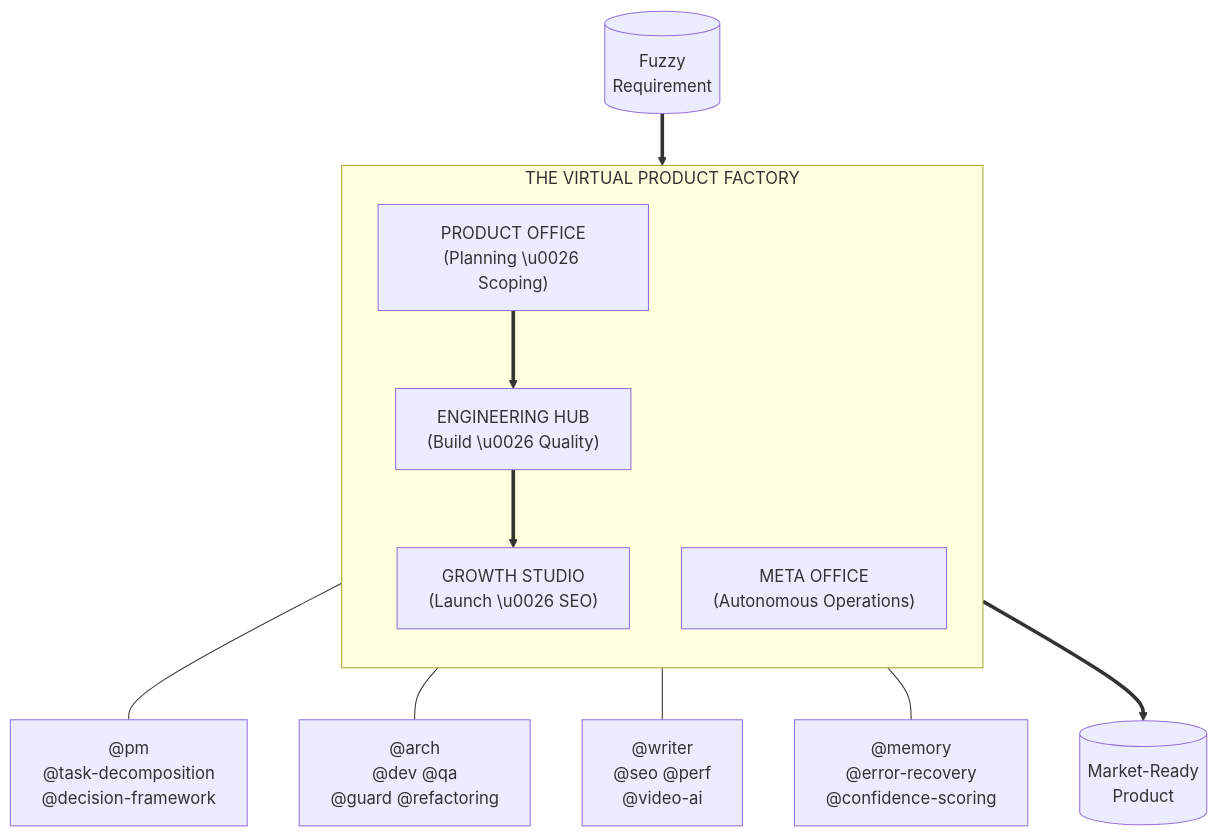
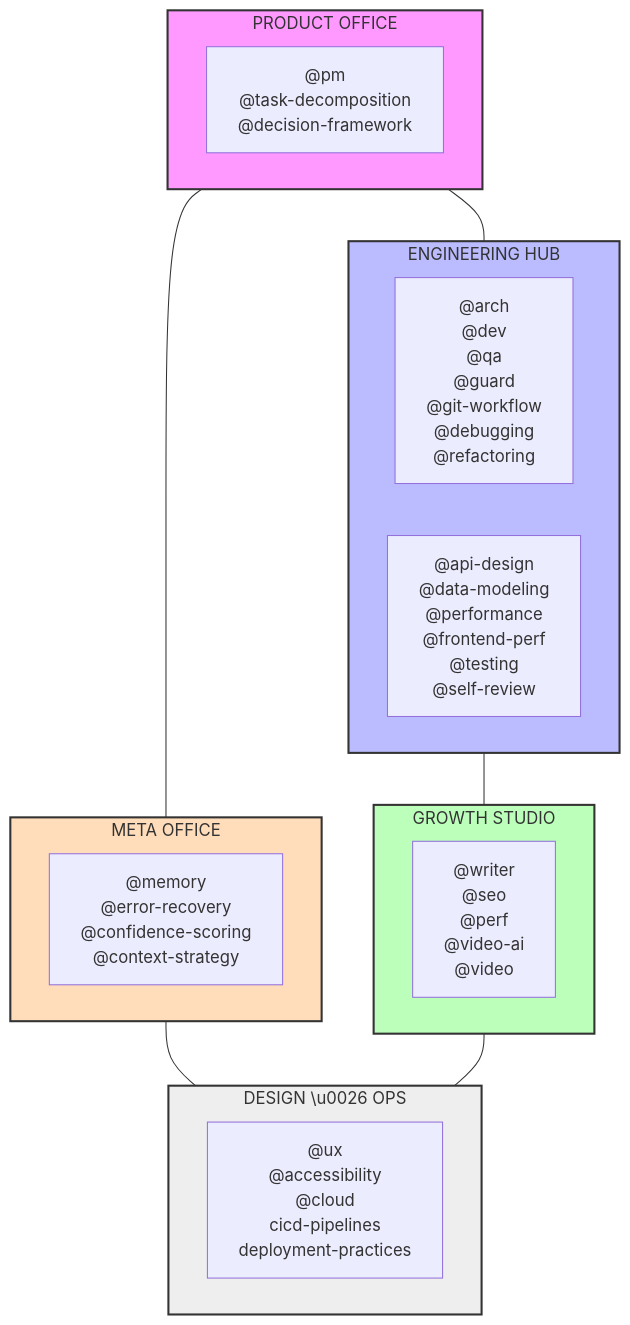
The first of 4 diagrams in README.md (vshrinath/virtual-product-factory), drawn with Mermaid before and after one commit. The commit also changed other lines of this file, not shown here.

Commit message:
feat: add static department overview grid to README
- Replace mixed-flow diagram with static skill inventory
- Group skills by PO, EH, GS, MO, and DX departments
- Move lifecycle flows to dedicated 'Operational Playbooks' section

````diff
--- a/README.md
+++ b/README.md
@@ -24,22 +23,38 @@
 ```mermaid
 graph TD
-    subgraph FACTORY ["THE VIRTUAL PRODUCT FACTORY"]
-        direction TB
-        PO["PRODUCT OFFICE<br/>(Planning \u0026 Scoping)"]
-        EH["ENGINEERING HUB<br/>(Build \u0026 Quality)"]
-        GS["GROWTH STUDIO<br/>(Launch \u0026 SEO)"]
-        MO["META OFFICE<br/>(Autonomous Operations)"]
+    %% Departments
+    subgraph PO ["PRODUCT OFFICE"]
+        S1["@pm<br/>@task-decomposition<br/>@decision-framework"]
     end
 
-    %% Skills Mapping
-    PO --- S1["@pm<br/>@task-decomposition<br/>@decision-framework"]
-    EH --- S2["@arch<br/>@dev @qa<br/>@guard @refactoring"]
-    GS --- S3["@writer<br/>@seo @perf<br/>@video-ai"]
-    MO --- S4["@memory<br/>@error-recovery<br/>@confidence-scoring"]
+    subgraph EH ["ENGINEERING HUB"]
+        S2["@arch<br/>@dev<br/>@qa<br/>@guard<br/>@git-workflow<br/>@debugging<br/>@refactoring"]
+        S2B["@api-design<br/>@data-modeling<br/>@performance<br/>@frontend-perf<br/>@testing<br/>@self-review"]
+    end
 
-    %% Flow
-    FUZ[("Fuzzy<br/>Requirement")] ==> PO
-    PO ==> EH
-    EH ==> GS
-    GS ==> LAUNCH[("Market-Ready<br/>Product")]
+    subgraph GS ["GROWTH STUDIO"]
+        S3["@writer<br/>@seo<br/>@perf<br/>@video-ai<br/>@video"]
+    end
+
+    subgraph MO ["META OFFICE"]
+        S4["@memory<br/>@error-recovery<br/>@confidence-scoring<br/>@context-strategy"]
+    end
+
+    subgraph DX ["DESIGN \u0026 OPS"]
+        S5["@ux<br/>@accessibility<br/>@cloud<br/>cicd-pipelines<br/>deployment-practices"]
+    end
+
+    %% Positioning
+    PO --- EH
+    EH --- GS
+    MO --- DX
+    PO --- MO
+    GS --- DX
+
+    %% Styling
+    style PO fill:#f9f,stroke:#333,stroke-width:2px
+    style EH fill:#bbf,stroke:#333,stroke-width:2px
+    style GS fill:#bfb,stroke:#333,stroke-width:2px
+    style MO fill:#fdb,stroke:#333,stroke-width:2px
+    style DX fill:#eee,stroke:#333,stroke-width:2px
 ```
````
